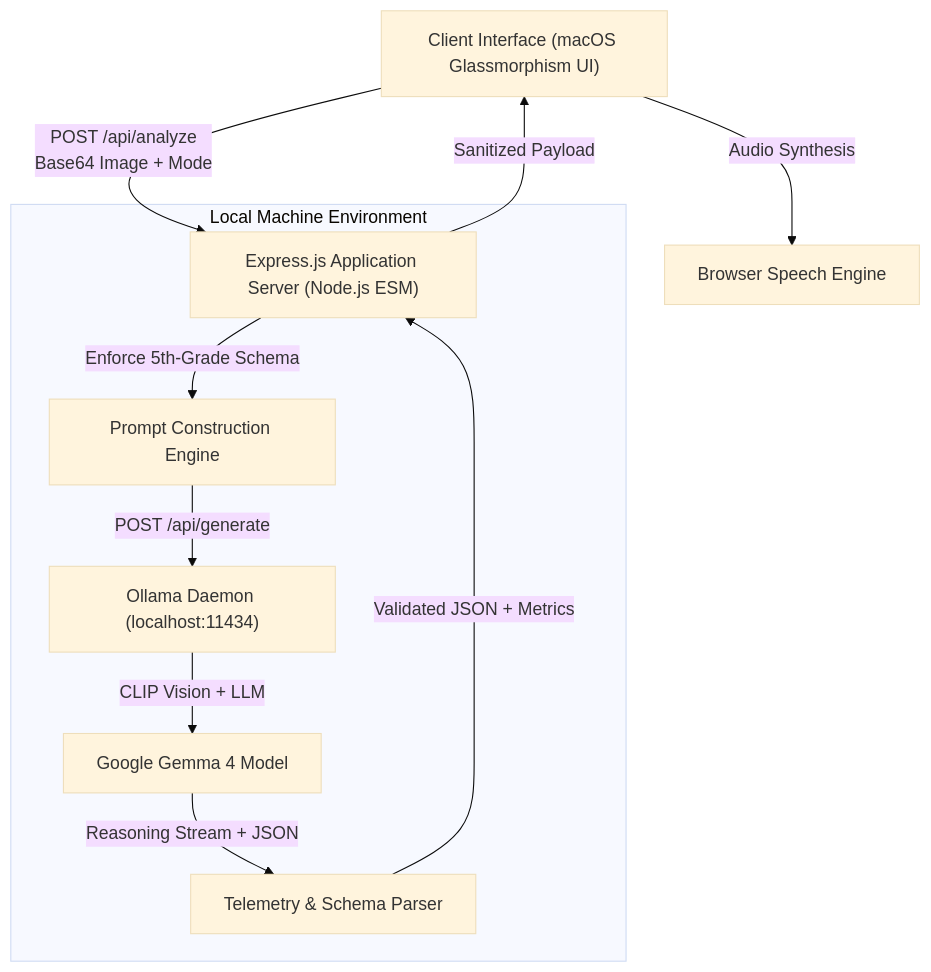
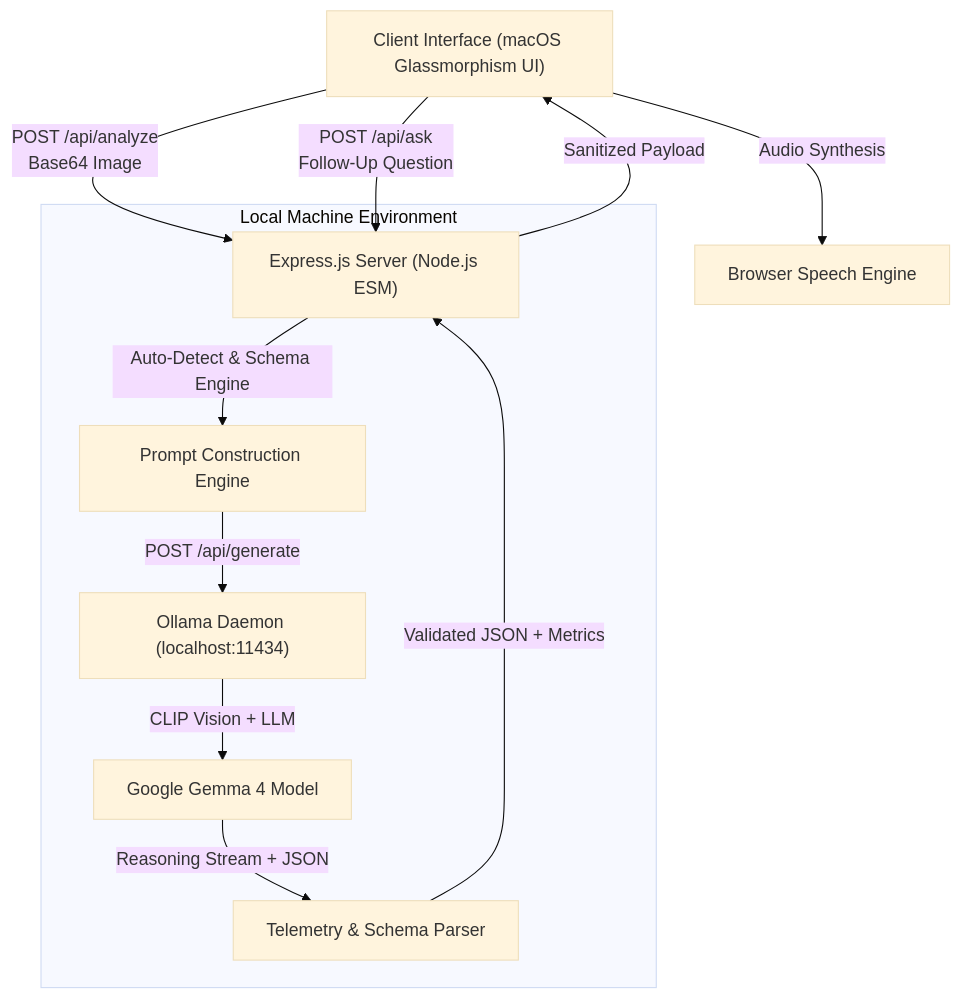
The second of 2 diagrams in README.md (Carbon-7/HacktoberFest-26), drawn with Mermaid (base theme) before and after one commit. The commit also changed other lines of this file and 11 other files, not shown here.

Commit message:
feat: implement document auto-detection, follow-up Q&A, scan history, and Chrome extension companion

````diff
--- a/README.md
+++ b/README.md
@@ -69,15 +75,16 @@
 ```mermaid
 graph TD
-    Client["Client Interface (macOS Glassmorphism UI)"] -->|POST /api/analyze<br>Base64 Image + Mode| Server["Express.js Application Server (Node.js ESM)"]
+    Client["Client Interface (macOS Glassmorphism UI)"] -->|POST /api/analyze<br>Base64 Image| Server["Express.js Server (Node.js ESM)"]
+    Client -->|POST /api/ask<br>Follow-Up Question| Server
     
     subgraph Local_Host ["Local Machine Environment"]
-        Server -->|Enforce 5th-Grade Schema| PromptEngine["Prompt Construction Engine"]
+        Server -->|Auto-Detect & Schema Engine| PromptEngine["Prompt Construction Engine"]
         PromptEngine -->|POST /api/generate| OllamaDaemon["Ollama Daemon (localhost:11434)"]
         OllamaDaemon -->|CLIP Vision + LLM| Gemma4["Google Gemma 4 Model"]
         Gemma4 -->|Reasoning Stream + JSON| Parser["Telemetry & Schema Parser"]
     end
 
     Parser -->|Validated JSON + Metrics| Server
     Server -->|Sanitized Payload| Client
     Client -->|Audio Synthesis| SpeechSynth["Browser Speech Engine"]
 ```
````
